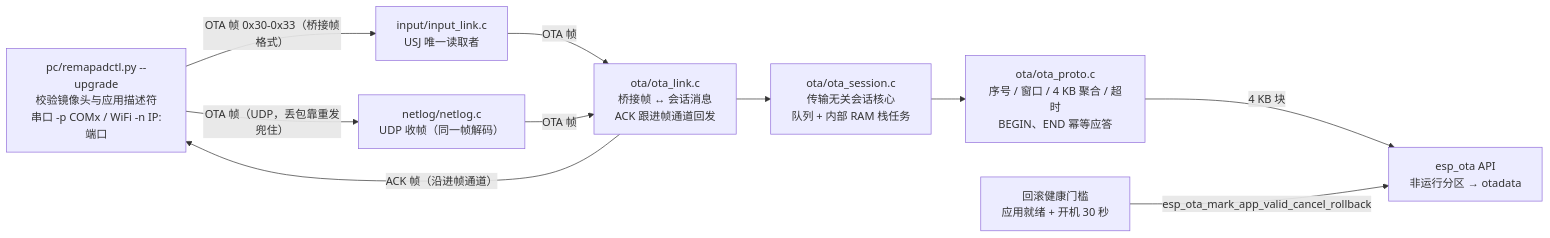
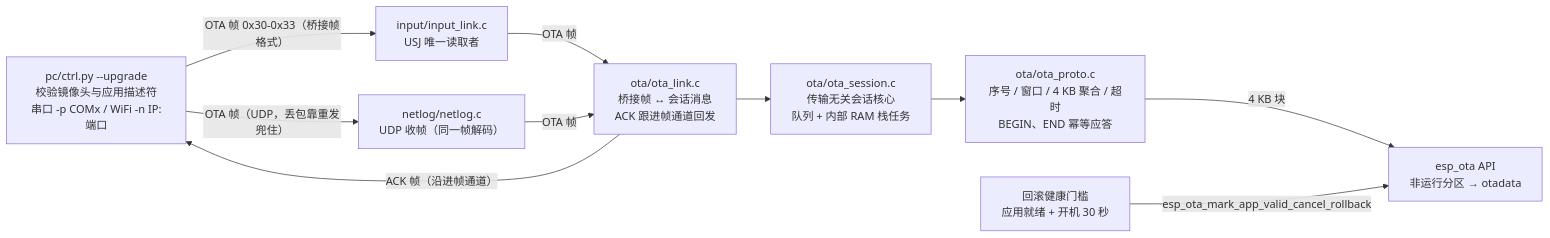
Before and after one commit to slime7/remapad: the seventh of 9 diagrams in docs/ARCHITECTURE.md, drawn with Mermaid. The commit also changed other lines of this file and 76 other files, not shown here.

````diff
--- a/docs/ARCHITECTURE.md
+++ b/docs/ARCHITECTURE.md
@@ -281,21 +215,21 @@
 ```mermaid
 flowchart LR
-    Tool["pc/remapadctl.py --upgrade<br/>校验镜像头与应用描述符<br/>串口 -p COMx / WiFi -n IP:端口"]
+    Tool["pc/ctrl.py --upgrade<br/>校验镜像头与应用描述符<br/>串口 -p COMx / WiFi -n IP:端口"]
     Link["input/input_link.c<br/>USJ 唯一读取者"]
     Net["netlog/netlog.c<br/>UDP 收帧（同一帧解码）"]
     Adapt["ota/ota_link.c<br/>桥接帧 ↔ 会话消息<br/>ACK 跟进帧通道回发"]
     Session["ota/ota_session.c<br/>传输无关会话核心<br/>队列 + 内部 RAM 栈任务"]
     Proto["ota/ota_proto.c<br/>序号 / 窗口 / 4 KB 聚合 / 超时<br/>BEGIN、END 幂等应答"]
     Flash["esp_ota API<br/>非运行分区 → otadata"]
     Health["回滚健康门槛<br/>应用就绪 + 开机 30 秒"]
 
     Tool -->|"OTA 帧 0x30-0x33（桥接帧格式）"| Link
     Tool -->|"OTA 帧（UDP，丢包靠重发兜住）"| Net
     Link -->|OTA 帧| Adapt
     Net -->|OTA 帧| Adapt
     Adapt --> Session
     Session --> Proto
     Proto -->|"4 KB 块"| Flash
     Adapt -->|"ACK 帧（沿进帧通道）"| Tool
     Health -->|esp_ota_mark_app_valid_cancel_rollback| Flash
 ```
````
